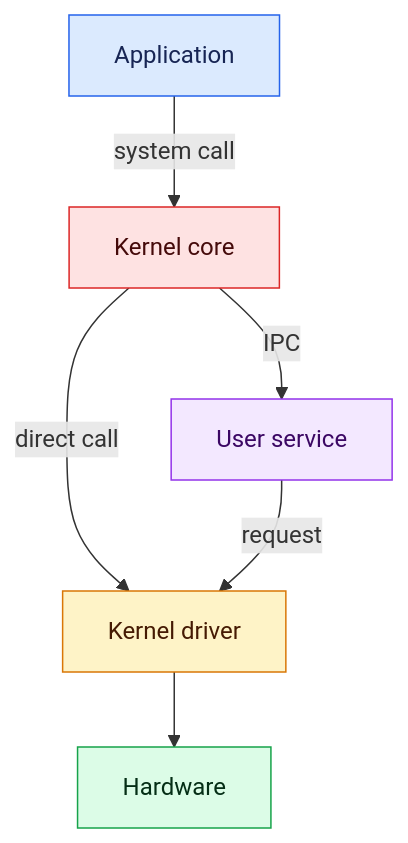
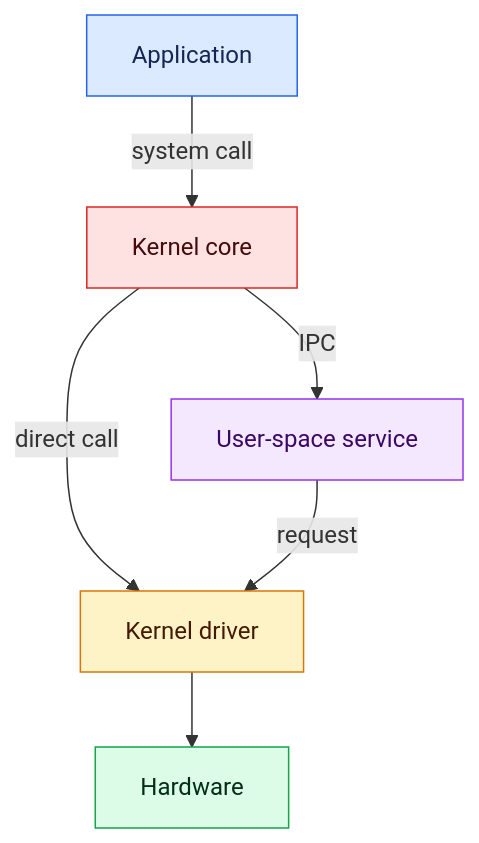
One commit to ROUMANI-Hassan/kernel changed the third of 3 diagrams in comparison/README.md. Above: the diagram before and after it, drawn with Mermaid. The commit also changed other lines of this file and 16 other files, not shown here.

Commit message:
Compare kernel space and user space

````diff
--- a/comparison/README.md
+++ b/comparison/README.md
@@ -59,18 +58,18 @@
 ```mermaid
 flowchart TB
   A[Application] -->|system call| K[Kernel core]
   K -->|direct call| D[Kernel driver]
-  K -->|IPC| S[User service]
+  K -->|IPC| S[User-space service]
   S -->|request| D
   D --> H[Hardware]
   classDef app fill:#dbeafe,stroke:#2563eb,color:#172554
   classDef kernel fill:#fee2e2,stroke:#dc2626,color:#450a0a
   classDef driver fill:#fef3c7,stroke:#d97706,color:#451a03
   classDef service fill:#f3e8ff,stroke:#9333ea,color:#3b0764
   classDef hardware fill:#dcfce7,stroke:#16a34a,color:#052e16
   class A app
   class K kernel
   class D driver
   class S service
   class H hardware
 ```
````
